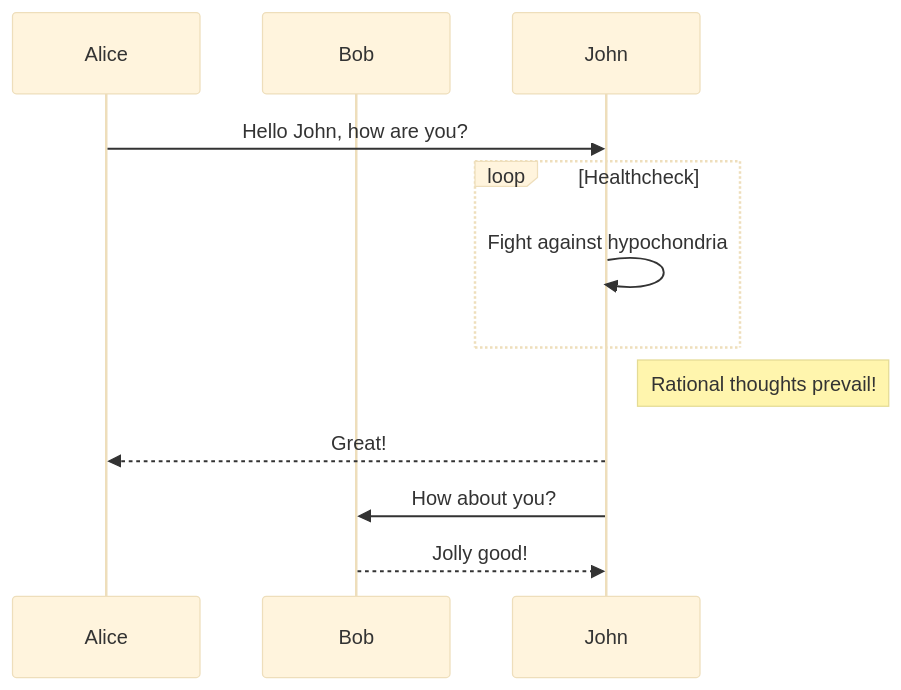
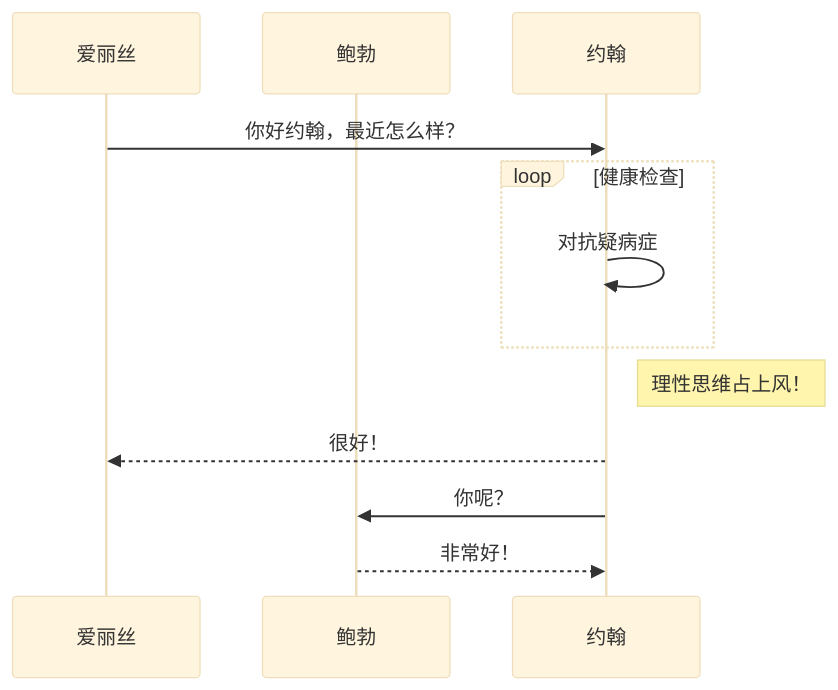
Before and after one commit to lx521603/ob: the second of 11 diagrams in src/content/posts/mermaid-diagrams.md, drawn with Mermaid (base theme). The commit also changed other lines of this file, not shown here.

Commit message:
更新 mermaid-diagrams.md

````diff
--- a/src/content/posts/mermaid-diagrams.md
+++ b/src/content/posts/mermaid-diagrams.md
@@ -34,14 +38,14 @@
 ```mermaid
 sequenceDiagram
-    participant Alice
-    participant Bob
-    participant John
-    Alice->>John: Hello John, how are you?
-    loop Healthcheck
-        John->>John: Fight against hypochondria
+    participant 爱丽丝
+    participant 鲍勃
+    participant 约翰
+    爱丽丝->>约翰: 你好约翰，最近怎么样？
+    loop 健康检查
+        约翰->>约翰: 对抗疑病症
     end
-    Note right of John: Rational thoughts prevail!
-    John-->>Alice: Great!
-    John->>Bob: How about you?
-    Bob-->>John: Jolly good!
+    Note right of 约翰: 理性思维占上风！
+    约翰-->>爱丽丝: 很好！
+    约翰->>鲍勃: 你呢？
+    鲍勃-->>约翰: 非常好！
 ```
````
